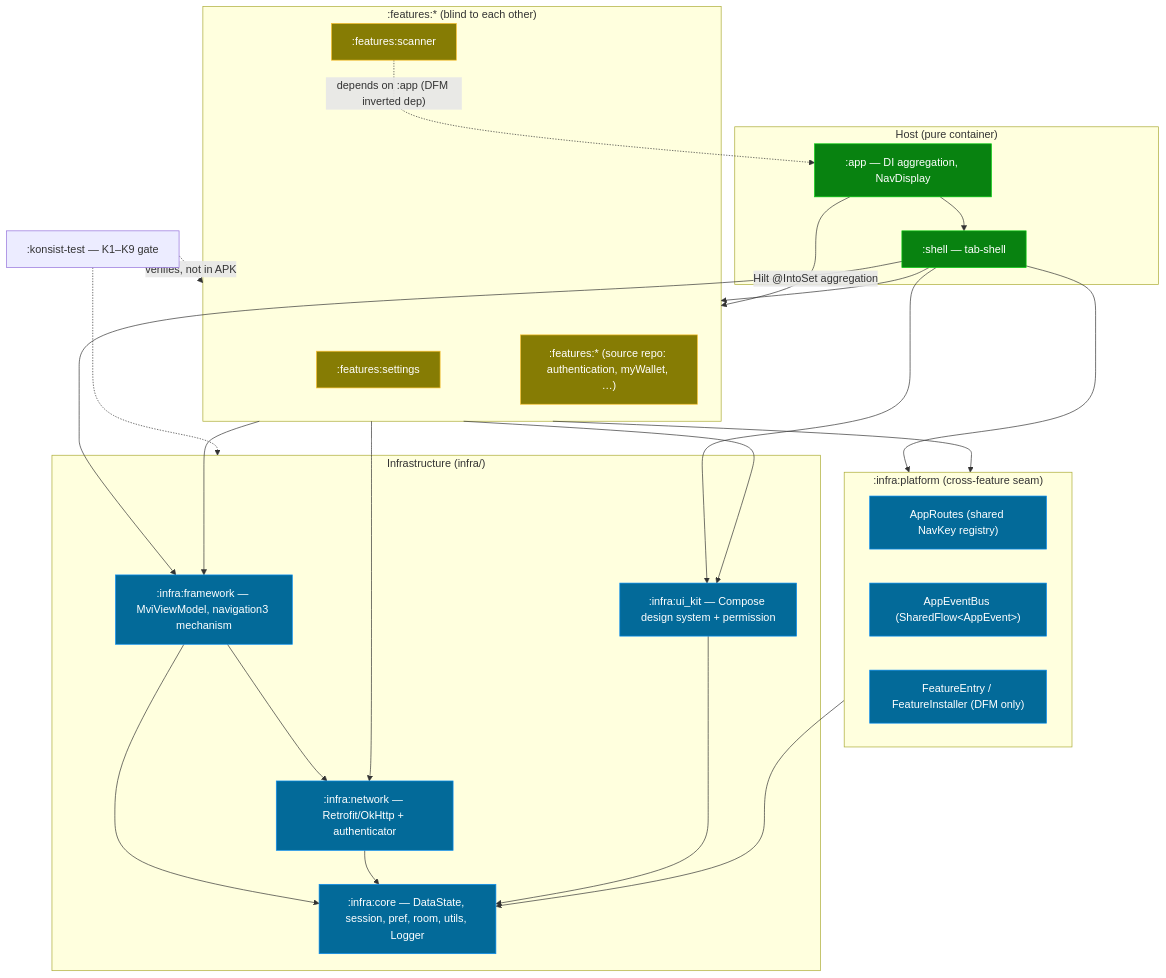
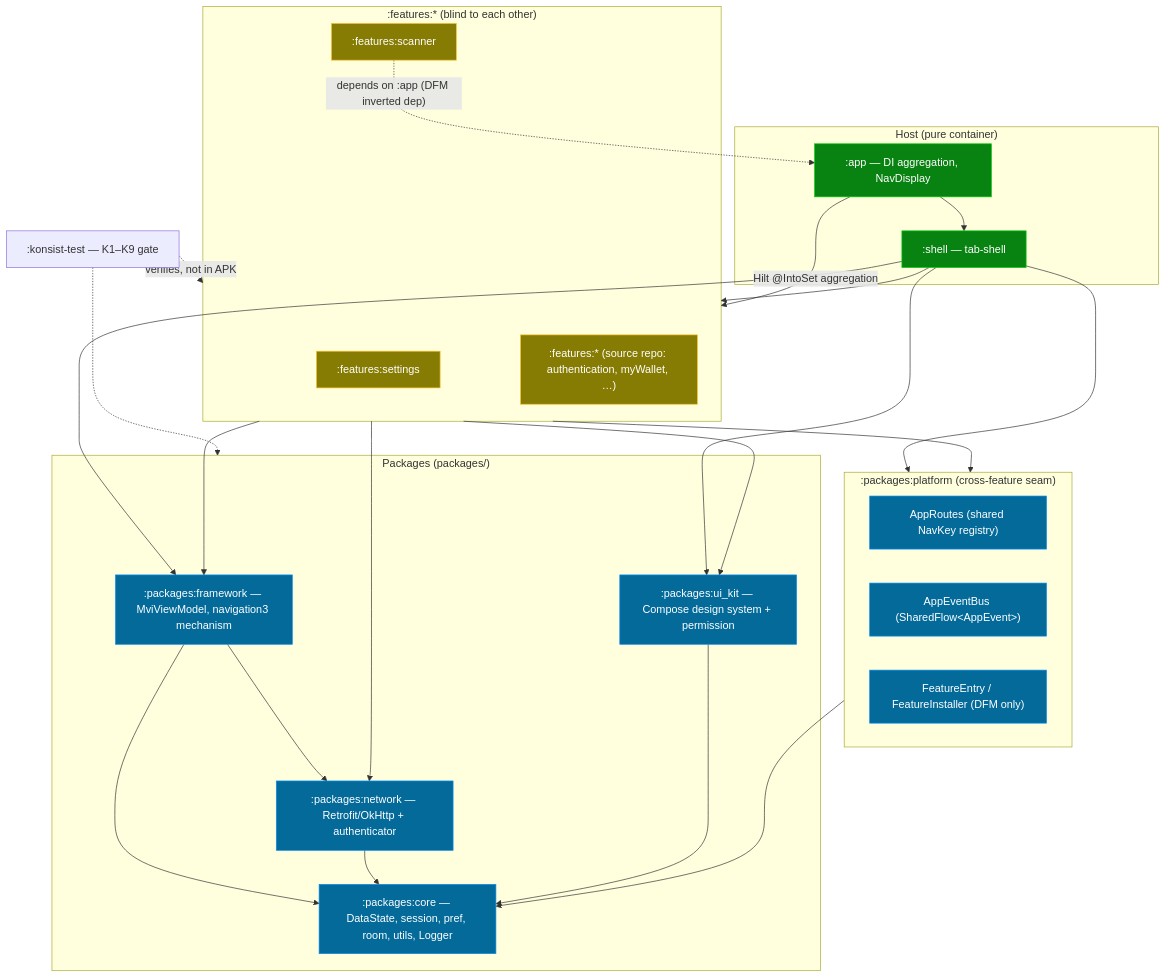
Before and after one commit to DanhDue/android_digital_wallet: the second of 2 diagrams in docs/architecture/ARCHITECTURE.md, drawn with Mermaid. The commit also changed other lines of this file and 188 other files, not shown here.

First line of the commit message:
[ANDROID_SUPER_APP_TEMPLATE] Rename infra directory to packages

````diff
--- a/docs/architecture/ARCHITECTURE.md
+++ b/docs/architecture/ARCHITECTURE.md
@@ -281,56 +281,56 @@
 ```mermaid
 graph TD
     subgraph Host["Host (pure container)"]
         APP[":app — DI aggregation, NavDisplay"]
         SHELL[":shell — tab-shell"]
     end
 
-    subgraph Platform[":infra:platform (cross-feature seam)"]
+    subgraph Platform[":packages:platform (cross-feature seam)"]
         ROUTES["AppRoutes (shared NavKey registry)"]
         BUS["AppEventBus (SharedFlow&lt;AppEvent&gt;)"]
         FE["FeatureEntry / FeatureInstaller (DFM only)"]
     end
 
     subgraph Features[":features:* (blind to each other)"]
         F_SET[":features:settings"]
         F_SCAN[":features:scanner"]
         F_BIZ[":features:* (source repo: authentication, myWallet, …)"]
     end
 
-    subgraph Infra["Infrastructure (infra/)"]
-        FRAMEWORK[":infra:framework — MviViewModel, navigation3 mechanism"]
-        NETWORK[":infra:network — Retrofit/OkHttp + authenticator"]
-        UIKIT[":infra:ui_kit — Compose design system + permission"]
-        CORE[":infra:core — DataState, session, pref, room, utils, Logger"]
+    subgraph Packages["Packages (packages/)"]
+        FRAMEWORK[":packages:framework — MviViewModel, navigation3 mechanism"]
+        NETWORK[":packages:network — Retrofit/OkHttp + authenticator"]
+        UIKIT[":packages:ui_kit — Compose design system + permission"]
+        CORE[":packages:core — DataState, session, pref, room, utils, Logger"]
     end
 
     APP --> SHELL
     APP -->|Hilt @IntoSet aggregation| Features
     SHELL --> Features
     SHELL --> Platform
     SHELL --> FRAMEWORK
     SHELL --> UIKIT
 
     Features --> Platform
     Features --> FRAMEWORK
     Features --> NETWORK
     Features --> UIKIT
 
     F_SCAN -.->|"depends on :app (DFM inverted dep)"| APP
 
     Platform --> CORE
     FRAMEWORK --> CORE
     FRAMEWORK --> NETWORK
     NETWORK --> CORE
     UIKIT --> CORE
 
     KONSIST[":konsist-test — K1–K9 gate"] -.->|verifies, not in APK| Features
-    KONSIST -.-> Infra
+    KONSIST -.-> Packages
 
     classDef host fill:#088210,stroke:#02CC0C,color:#fff
-    classDef infra fill:#036A99,stroke:#088DF3,color:#fff
+    classDef pkg fill:#036A99,stroke:#088DF3,color:#fff
     classDef feat fill:#867C04,stroke:#fbc02d,color:#fff
     class APP,SHELL host
-    class CORE,FRAMEWORK,NETWORK,UIKIT,ROUTES,BUS,FE infra
+    class CORE,FRAMEWORK,NETWORK,UIKIT,ROUTES,BUS,FE pkg
     class F_SET,F_SCAN,F_BIZ feat
 ```
````
